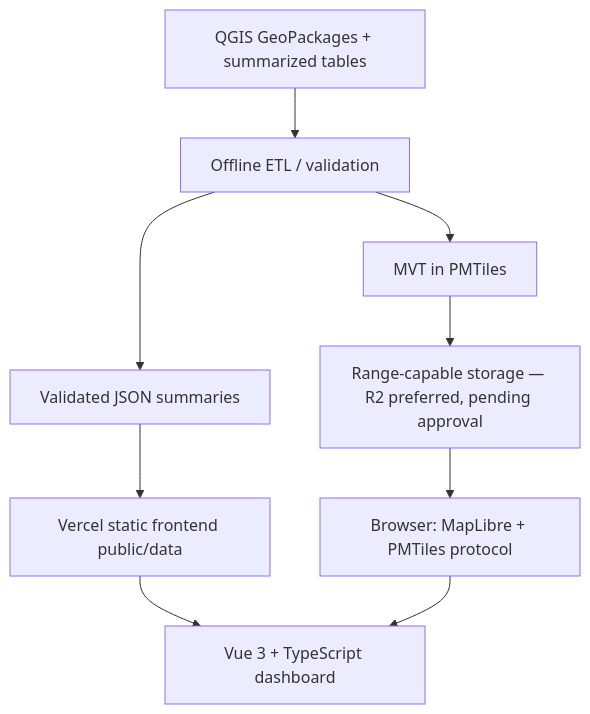
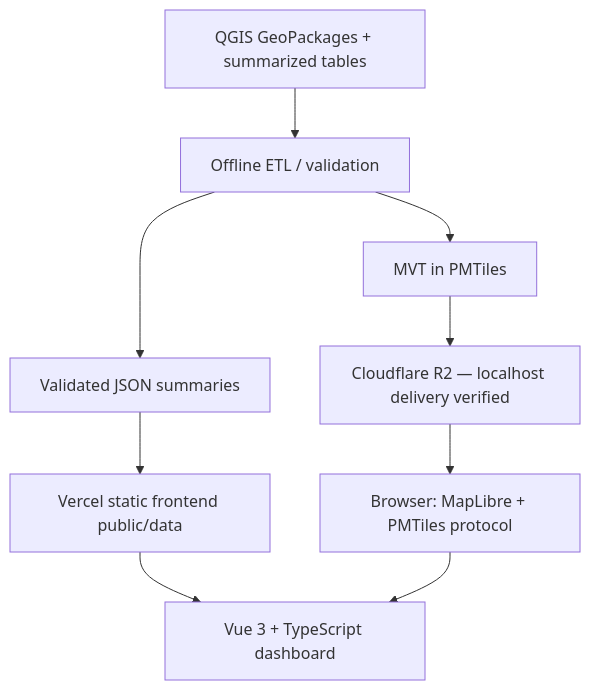
Before and after one commit to IESR-EMPSA/dashboard-plts-jakarta: the diagram in docs/ARCHITECTURE.md, drawn with Mermaid. The commit also changed other lines of this file and 9 other files, not shown here.

Commit message:
test(map): validate Cloudflare R2 PMTiles delivery

````diff
--- a/docs/ARCHITECTURE.md
+++ b/docs/ARCHITECTURE.md
@@ -4,11 +4,11 @@
 ```mermaid
 flowchart TD
   A["QGIS GeoPackages + summarized tables"] --> B["Offline ETL / validation"]
   B --> C["MVT in PMTiles"]
   B --> D["Validated JSON summaries"]
-  C --> E["Range-capable storage — R2 preferred, pending approval"]
+  C --> E["Cloudflare R2 — localhost delivery verified"]
   D --> F["Vercel static frontend public/data"]
   E --> G["Browser: MapLibre + PMTiles protocol"]
   F --> H["Vue 3 + TypeScript dashboard"]
   G --> H
 ```
````
